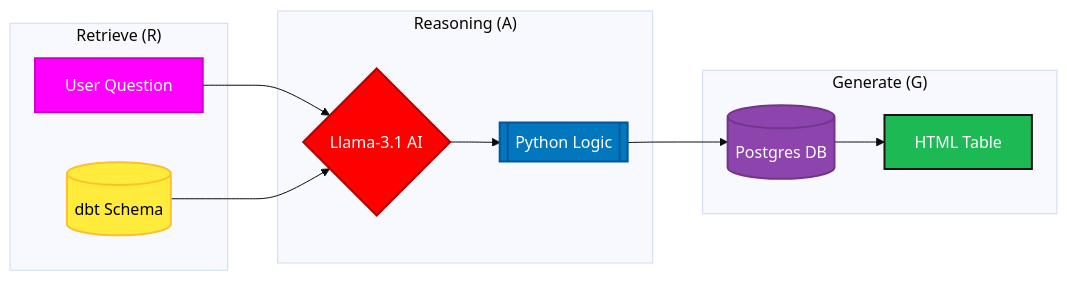
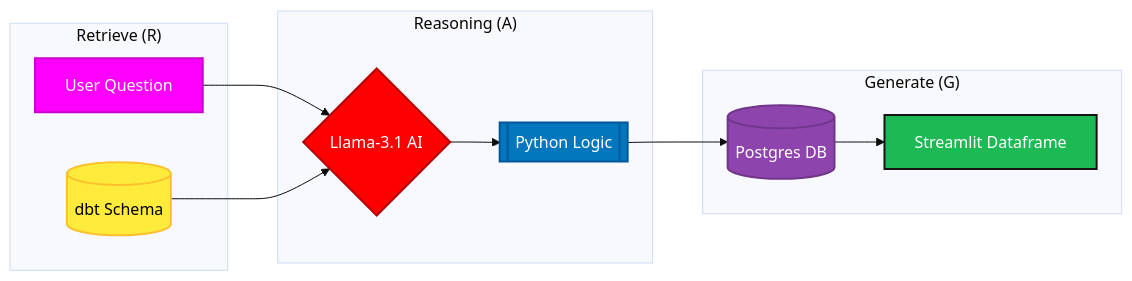
The diagram in README.md (masabai/sql_real_estate_etl_dbt_dag), drawn with Mermaid (base theme) before and after one commit.

Commit message:
Update HTML Table to Streamlit Dataframe in README

````diff
--- a/README.md
+++ b/README.md
@@ -21,32 +21,32 @@
 ```mermaid
 graph LR
     subgraph "Retrieve (R)"
         A[User Question]
         B[(dbt Schema)]
     end
 
     subgraph "Reasoning (A)"
         C{Llama-3.1 AI}
         D[[Python Logic]]
     end
 
     subgraph "Generate (G)"
         E[(Postgres DB)]
-        F[HTML Table]
+        F[Streamlit Dataframe]
     end
 
     %% Flow Connections
     A --> C
     B --> C
     C --> D
     D --> E
     E --> F
 
     %% Professional High-Contrast Palette (Darker fills, white text)
     style A fill:#ff00ff,stroke:#cc00cc,stroke-width:2px,color:#fff 
     style B fill:#FFEB3B,stroke:#FBC02D,stroke-width:2px,color:#000  
     style C fill:#ff0000,stroke:#b30000,stroke-width:2px,color:#fff 
     style D fill:#0277bd,stroke:#01579b,stroke-width:2px,color:#fff
     style E fill:#8e44ad,stroke:#71368a,stroke-width:2px,color:#fff
     style F fill:#1DB954,stroke:#191414,stroke-width:2px,color:#fff
 ```
````
